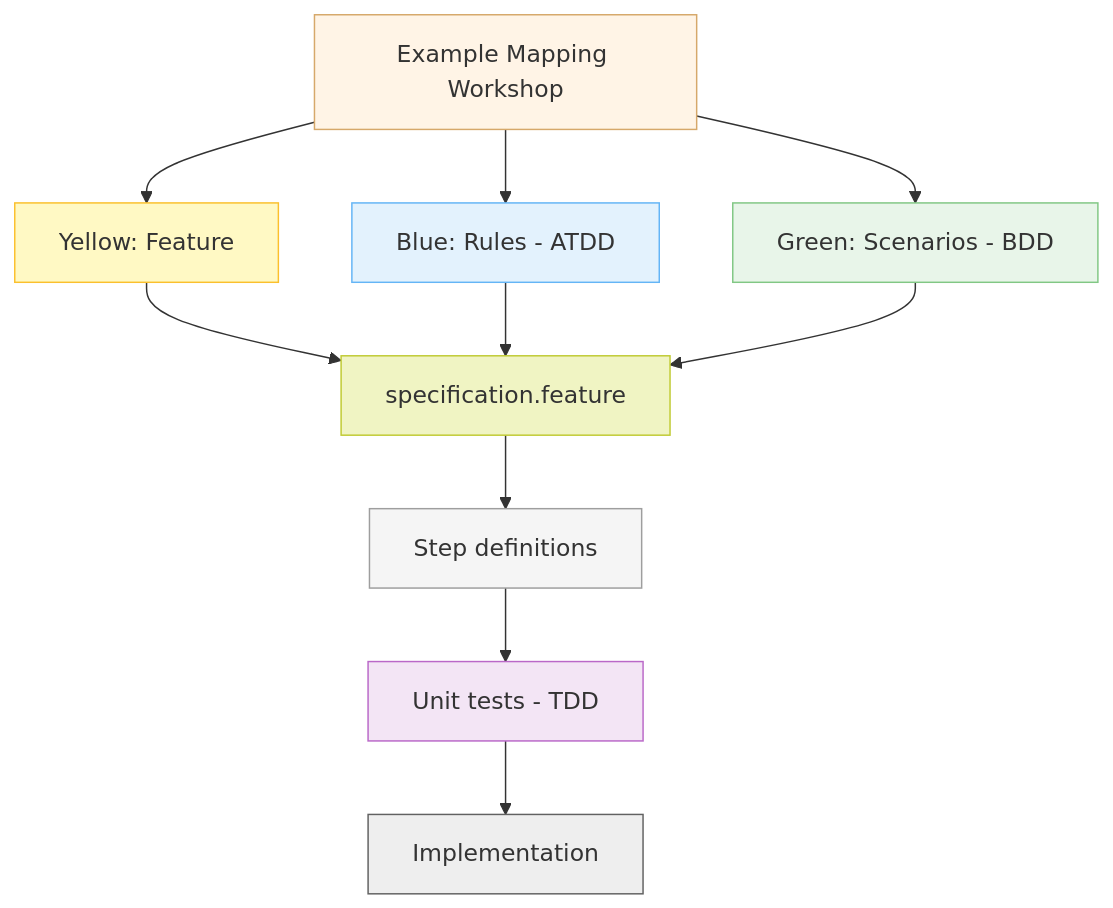
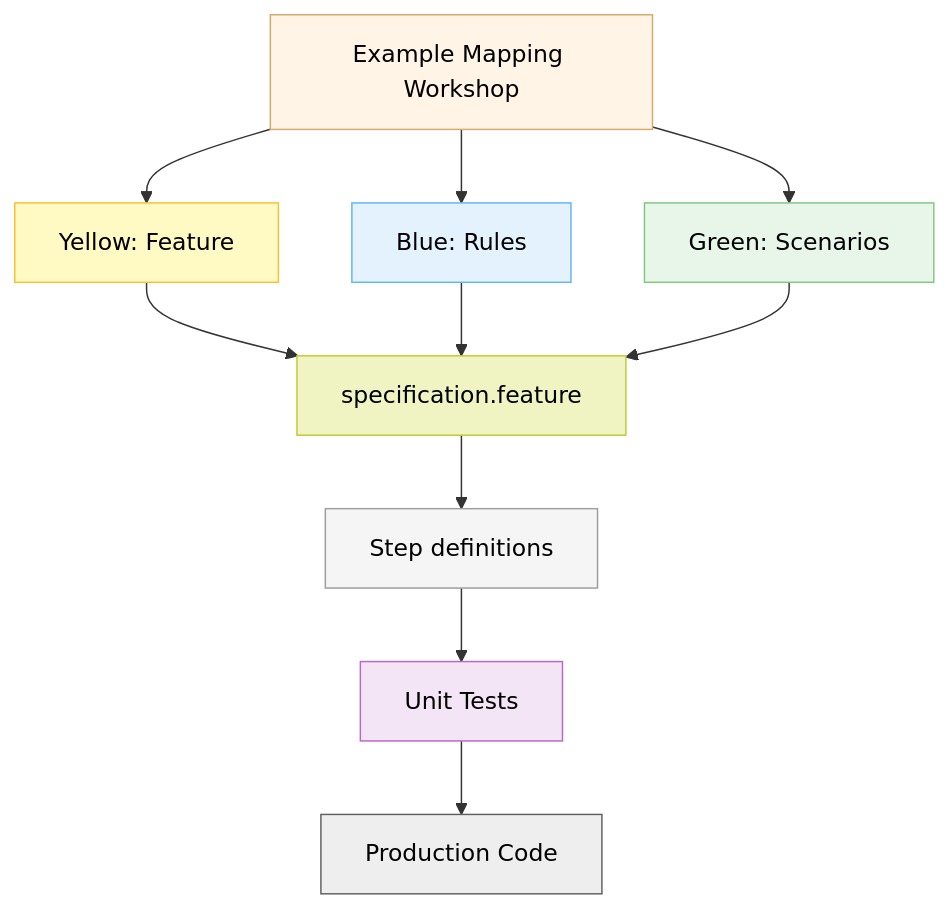
The second of 5 diagrams in docs/explanation/specifications/three-layer-approach.md (ready-to-release/eac), drawn with Mermaid before and after one commit. The commit also changed other lines of this file and 49 other files, not shown here.

````diff
--- a/docs/explanation/specifications/three-layer-approach.md
+++ b/docs/explanation/specifications/three-layer-approach.md
@@ -172,23 +173,23 @@
 ```mermaid
 flowchart TD
     Workshop[Example Mapping Workshop] --> Feature[Yellow: Feature]
-    Workshop --> Rules[Blue: Rules - ATDD]
-    Workshop --> Scenarios[Green: Scenarios - BDD]
+    Workshop --> Rules[Blue: Rules]
+    Workshop --> Scenarios[Green: Scenarios]
 
     Feature --> Spec[specification.feature]
     Rules --> Spec
     Scenarios --> Spec
 
     Spec --> Steps[Step definitions]
-    Steps --> TDD[Unit tests - TDD]
-    TDD --> Code[Implementation]
+    Steps --> UnitTests[Unit Tests]
+    UnitTests --> Code[Production Code]
 
-    style Workshop fill:#fff4e6,stroke:#d6a86a,stroke-width:1px
-    style Feature fill:#fff9c4,stroke:#fbc02d,stroke-width:1px
-    style Rules fill:#e3f2fd,stroke:#64b5f6,stroke-width:1px
-    style Scenarios fill:#e8f5e9,stroke:#81c784,stroke-width:1px
-    style Spec fill:#f0f4c3,stroke:#c0ca33,stroke-width:1px
-    style Steps fill:#f5f5f5,stroke:#9e9e9e,stroke-width:1px
-    style TDD fill:#f3e5f5,stroke:#ba68c8,stroke-width:1px
-    style Code fill:#eeeeee,stroke:#616161,stroke-width:1px
+    style Workshop fill:#fff4e6,stroke:#d6a86a,stroke-width:1px,color:#000
+    style Feature fill:#fff9c4,stroke:#fbc02d,stroke-width:1px,color:#000
+    style Rules fill:#e3f2fd,stroke:#64b5f6,stroke-width:1px,color:#000
+    style Scenarios fill:#e8f5e9,stroke:#81c784,stroke-width:1px,color:#000
+    style Spec fill:#f0f4c3,stroke:#c0ca33,stroke-width:1px,color:#000
+    style Steps fill:#f5f5f5,stroke:#9e9e9e,stroke-width:1px,color:#000
+    style UnitTests fill:#f3e5f5,stroke:#ba68c8,stroke-width:1px,color:#000
+    style Code fill:#eeeeee,stroke:#616161,stroke-width:1px,color:#000
 ```
````
